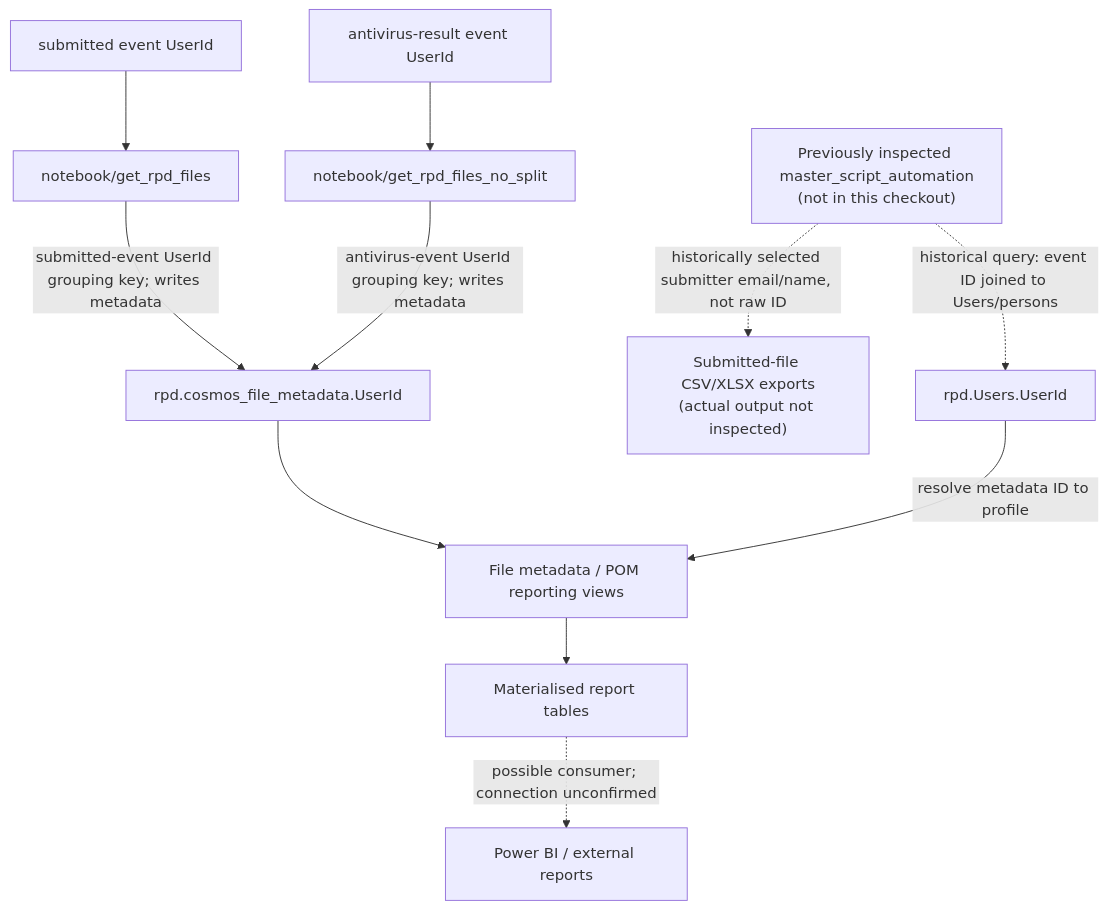
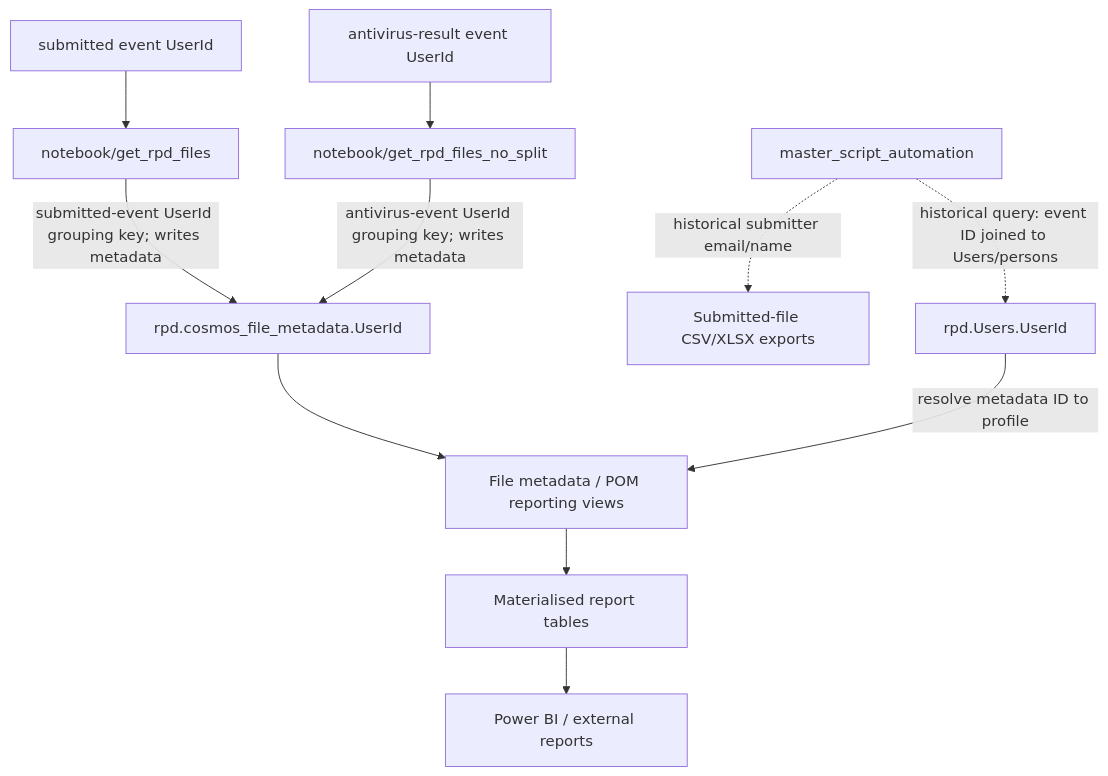
The sixth of 6 diagrams in docs/identity_provider_EntraID/rpd-users-userid-entra-migration.md (DEFRA/epr-data-sqldb), drawn with Mermaid before and after one commit. The commit also changed other lines of this file, not shown here.

Commit message:
further simplifying rpd-users-userid-entra-migration.md

````diff
--- a/docs/identity_provider_EntraID/rpd-users-userid-entra-migration.md
+++ b/docs/identity_provider_EntraID/rpd-users-userid-entra-migration.md
@@ -99,15 +99,15 @@
 ```mermaid
 flowchart TB
-    MasterNotebook["Previously inspected master_script_automation\n(not in this checkout)"] -. "historical query: event ID joined to Users/persons" .-> RpdUser["rpd.Users.UserId"]
-    MasterNotebook -. "historically selected submitter email/name, not raw ID" .-> FlatFiles["Submitted-file CSV/XLSX exports\n(actual output not inspected)"]
+    MasterNotebook["master_script_automation"] -. "historical query: event ID joined to Users/persons" .-> RpdUser["rpd.Users.UserId"]
+    MasterNotebook -. "historical submitter email/name" .-> FlatFiles["Submitted-file CSV/XLSX exports"]
 
     SubmittedEvents["submitted event UserId"] --> GetFiles["notebook/get_rpd_files"]
     AntivirusEvents["antivirus-result event UserId"] --> GetFilesNoSplit["notebook/get_rpd_files_no_split"]
     GetFiles -->|"submitted-event UserId grouping key; writes metadata"| FileUser["rpd.cosmos_file_metadata.UserId"]
     GetFilesNoSplit -->|"antivirus-event UserId grouping key; writes metadata"| FileUser
 
     FileUser --> FileViews["File metadata / POM reporting views"]
     RpdUser -->|"resolve metadata ID to profile"| FileViews
     FileViews --> ReportTables["Materialised report tables"]
-    ReportTables -. "possible consumer; connection unconfirmed" .-> BI["Power BI / external reports"]
+    ReportTables --> BI["Power BI / external reports"]
 ```
````
